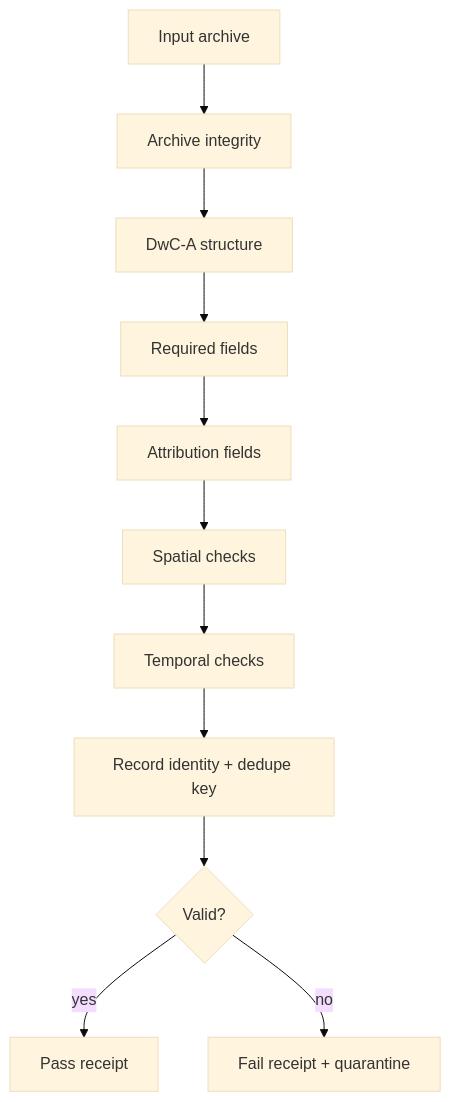
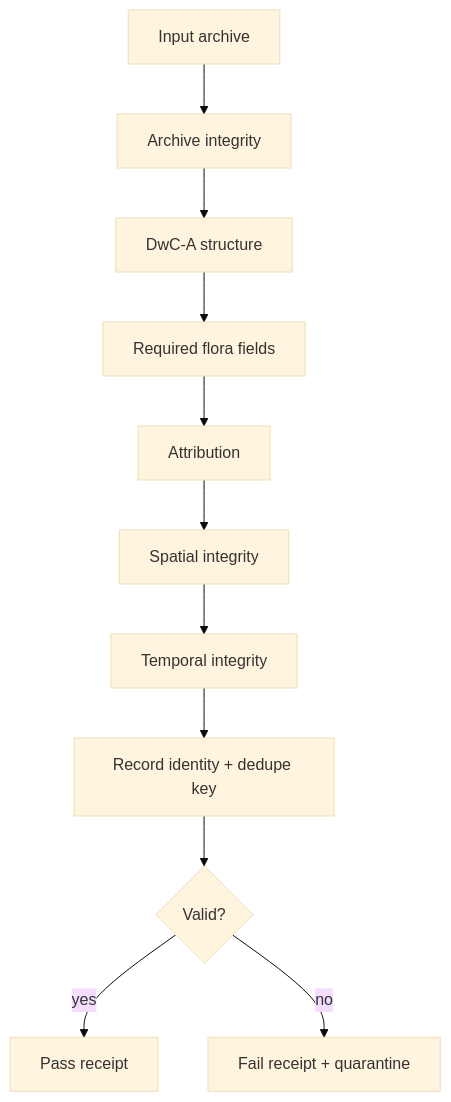
Before and after one commit to bartytime4life/Kansas-Frontier-Matrix: the diagram in tools/validators/flora_dwca_validator/README.md, drawn with Mermaid (base theme). The commit also changed other lines of this file, not shown here.

````diff
--- a/tools/validators/flora_dwca_validator/README.md
+++ b/tools/validators/flora_dwca_validator/README.md
@@ -117,13 +126,13 @@
 ```mermaid
 flowchart TD
   A[Input archive] --> B[Archive integrity]
   B --> C[DwC-A structure]
-  C --> D[Required fields]
-  D --> E[Attribution fields]
-  E --> F[Spatial checks]
-  F --> G[Temporal checks]
+  C --> D[Required flora fields]
+  D --> E[Attribution]
+  E --> F[Spatial integrity]
+  F --> G[Temporal integrity]
   G --> H[Record identity + dedupe key]
   H --> I{Valid?}
   I -->|yes| J[Pass receipt]
   I -->|no| K[Fail receipt + quarantine]
 ```
````
